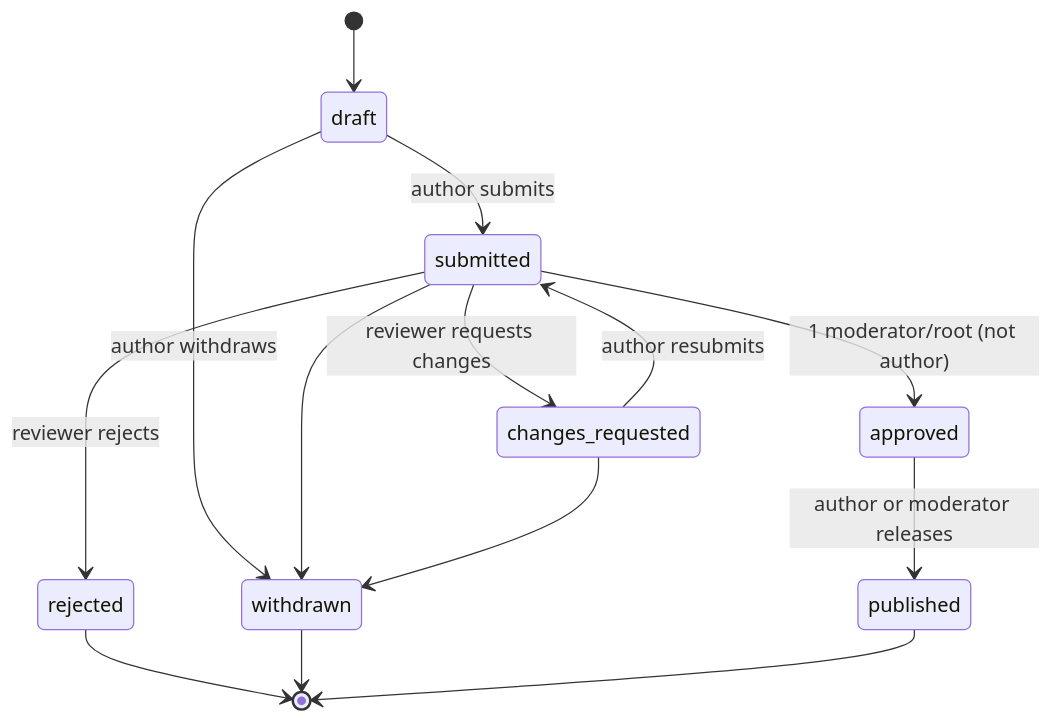
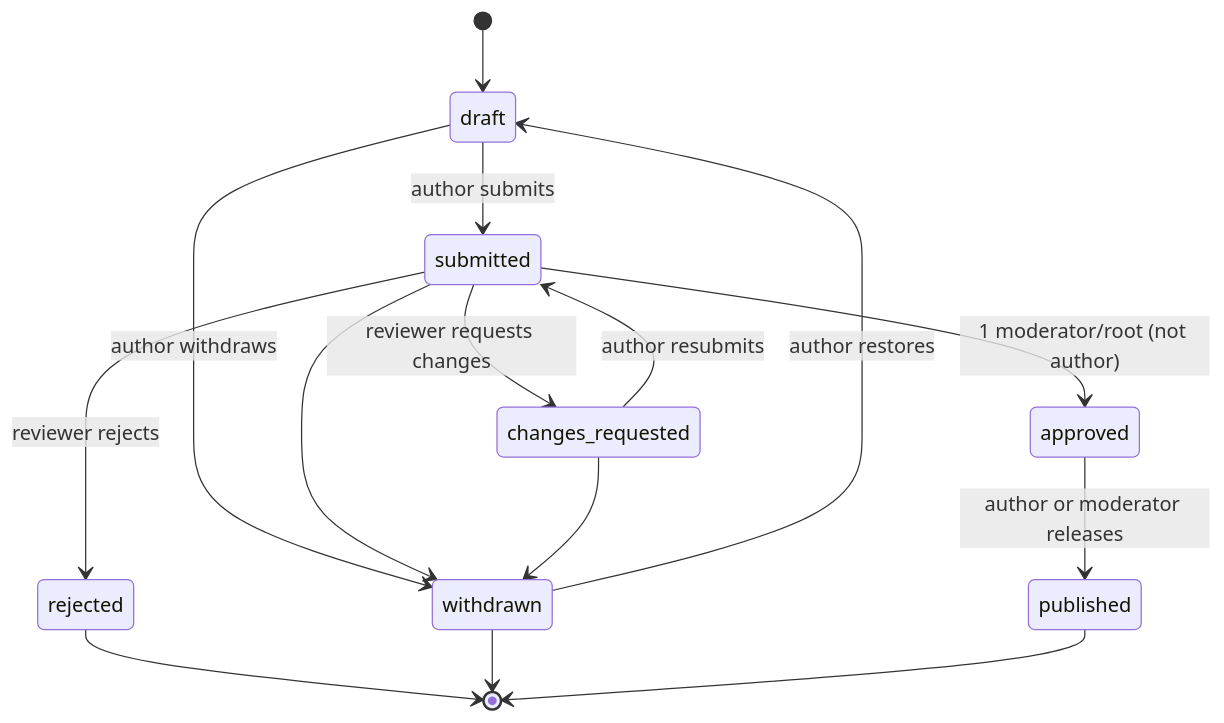
One commit to ronneai/ronne-marketplace changed the first of 2 diagrams in docs/MVP/MVP.md. Above: the diagram before and after it, drawn with Mermaid. The commit also changed other lines of this file and 7 other files, not shown here.

````diff
--- a/docs/MVP/MVP.md
+++ b/docs/MVP/MVP.md
@@ -266,16 +266,17 @@
 ```mermaid
 stateDiagram-v2
     [*] --> draft
     draft --> submitted: author submits
     submitted --> changes_requested: reviewer requests changes
     changes_requested --> submitted: author resubmits
     submitted --> approved: 1 moderator/root (not author)
     submitted --> rejected: reviewer rejects
     draft --> withdrawn: author withdraws
     submitted --> withdrawn
     changes_requested --> withdrawn
     approved --> published: author or moderator releases
     rejected --> [*]
+    withdrawn --> draft: author restores
     withdrawn --> [*]
     published --> [*]
 ```
````
